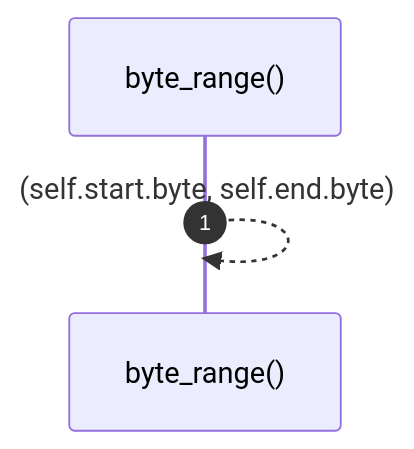
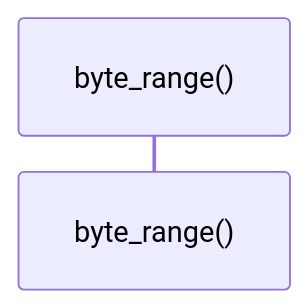
One commit to RyanGuild/self-describing-code changed the second of 4 diagrams in docs/self-model/robby_ir/span/impl-span.md. Above: the diagram before and after it, drawn with Mermaid. The commit also changed other lines of this file and 1404 other files, not shown here.

````diff
--- a/docs/self-model/robby_ir/span/impl-span.md
+++ b/docs/self-model/robby_ir/span/impl-span.md
@@ -83,6 +125,5 @@
 ```mermaid
 sequenceDiagram
     autonumber
     participant byte_range as byte_range()
-    byte_range-->>byte_range: (self.start.byte, self.end.byte)
 ```
````
